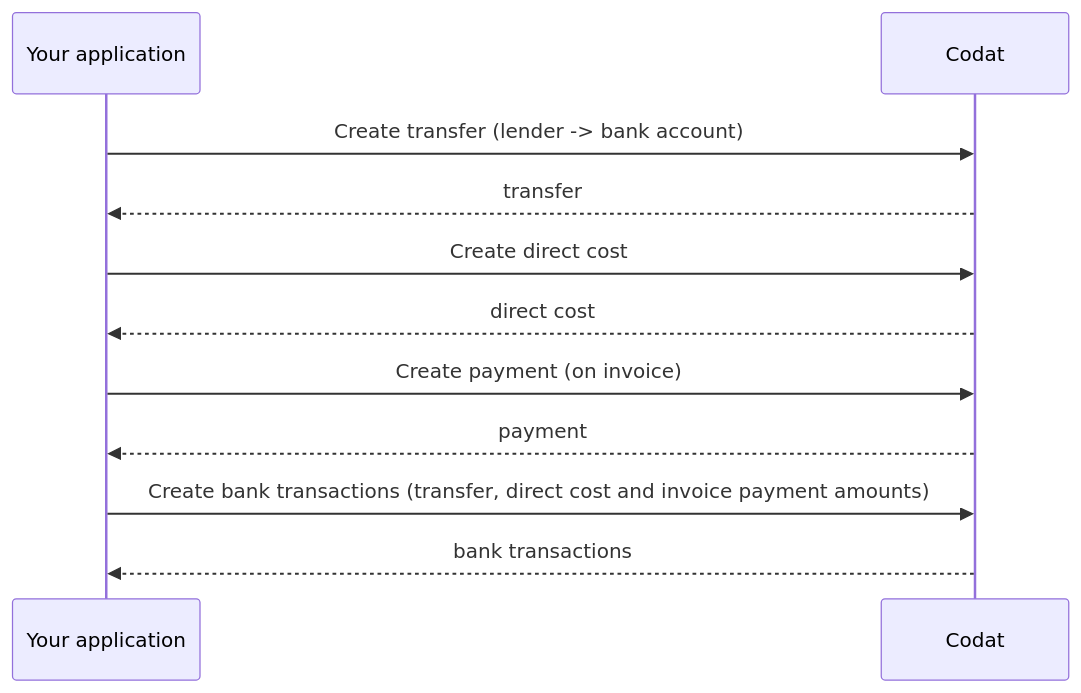
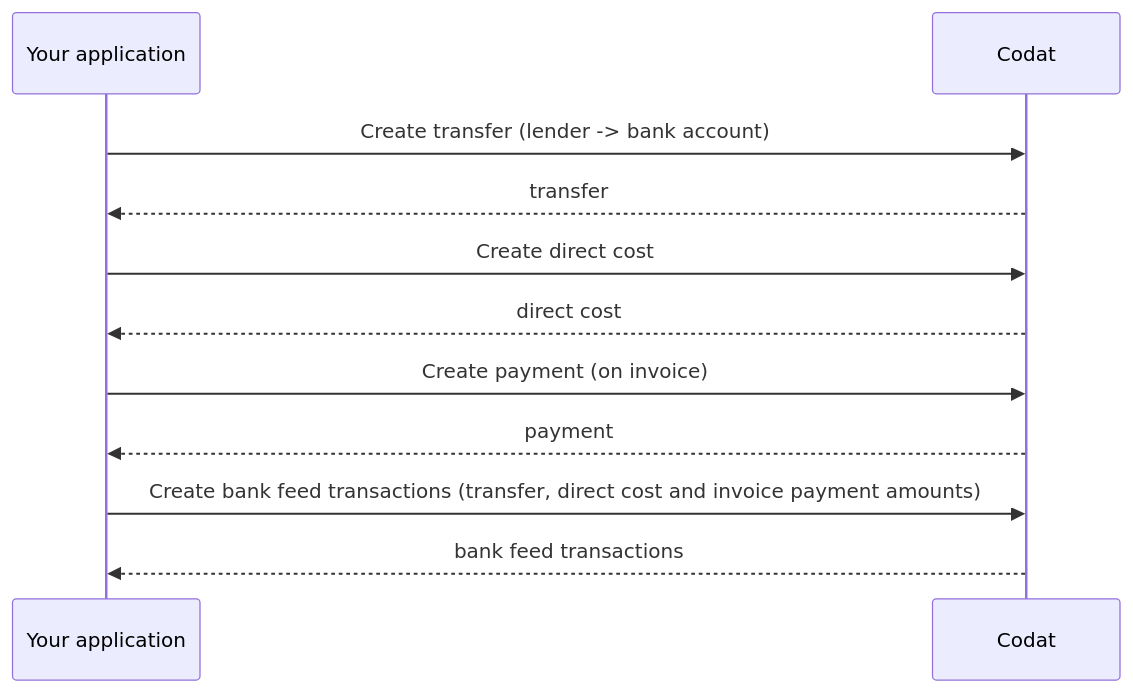
The diagram in docs/lending/guides/loan-writeback/repay-invoice-finance.md (codatio/codat-docs), drawn with Mermaid before and after one commit. The commit also changed other lines of this file, not shown here.

````diff
--- a/docs/lending/guides/loan-writeback/repay-invoice-finance.md
+++ b/docs/lending/guides/loan-writeback/repay-invoice-finance.md
@@ -23,17 +23,17 @@
 ```mermaid
 sequenceDiagram
     participant backend as Your application 
     participant codat as Codat
     
         backend ->> codat: Create transfer (lender -> bank account)
         codat -->> backend:  transfer
 
         backend ->> codat: Create direct cost
         codat -->> backend: direct cost
         
         backend ->> codat: Create payment (on invoice)
         codat -->> backend: payment
         
-        backend ->> codat: Create bank transactions (transfer, direct cost and invoice payment amounts)
-        codat -->> backend: bank transactions
+        backend ->> codat: Create bank feed transactions (transfer, direct cost and invoice payment amounts)
+        codat -->> backend: bank feed transactions
 ```
````
